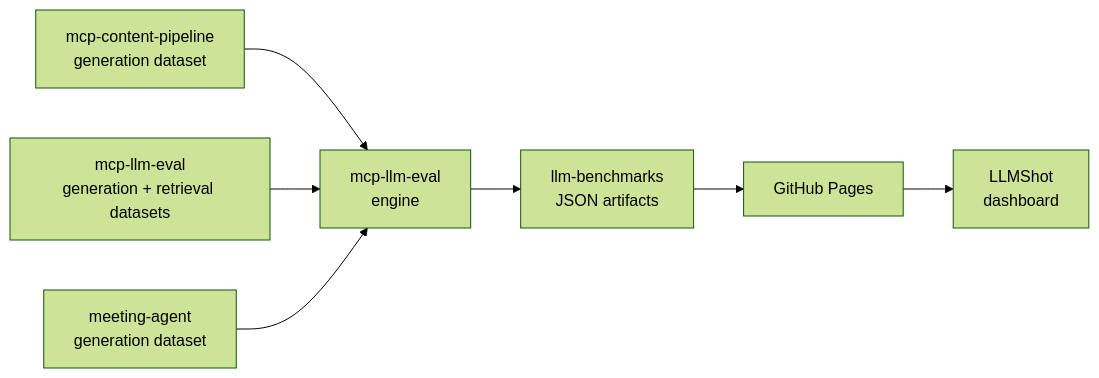
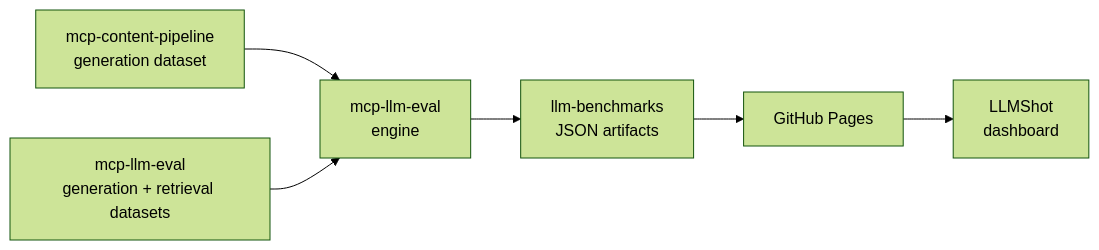
The diagram in README.md (berkayildi/llm-benchmarks), drawn with Mermaid (forest theme) before and after one commit. The commit also changed other lines of this file, not shown here.

````diff
--- a/README.md
+++ b/README.md
@@ -7,9 +7,8 @@
 ```mermaid
 flowchart LR
     A[mcp-content-pipeline<br/>generation dataset] --> C
     B[mcp-llm-eval<br/>generation + retrieval datasets] --> C
-    G[meeting-agent<br/>generation dataset] --> C
     C[mcp-llm-eval<br/>engine] --> D[llm-benchmarks<br/>JSON artifacts]
     D --> E[GitHub Pages]
     E --> F[LLMShot<br/>dashboard]
 ```
````
